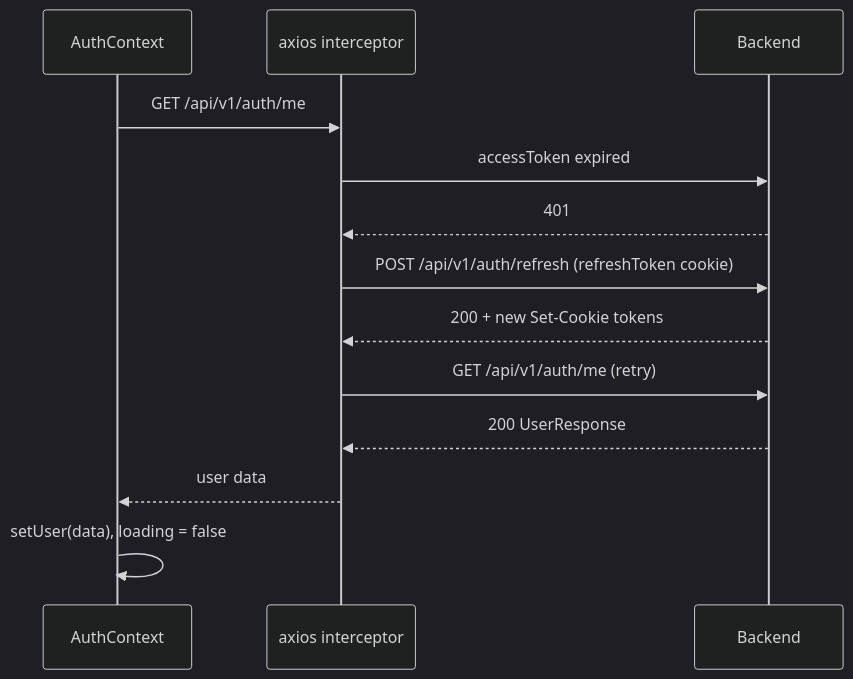
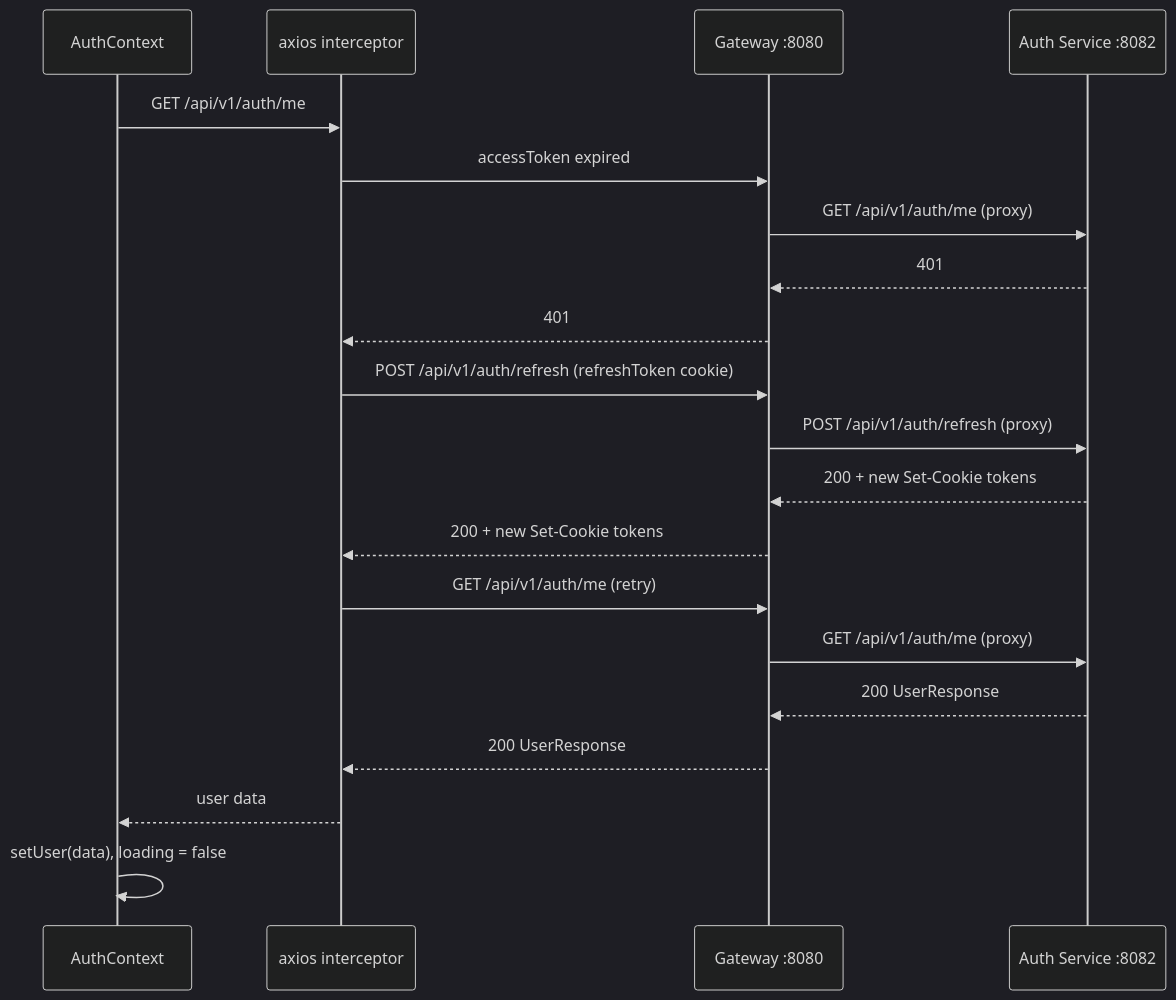
The fifth of 7 diagrams in docs/authentication_flow.md (gnl-org/workhub), drawn with Mermaid (dark theme) before and after one commit. The commit also changed other lines of this file, not shown here.

Commit message:
update auth flow doc

````diff
--- a/docs/authentication_flow.md
+++ b/docs/authentication_flow.md
@@ -225,16 +268,23 @@
 ```mermaid
 sequenceDiagram
     participant FE as AuthContext
     participant AX as axios interceptor
-    participant BE as Backend
+    participant GW as Gateway :8080
+    participant AS as Auth Service :8082
 
     FE->>AX: GET /api/v1/auth/me
-    AX->>BE: accessToken expired
-    BE-->>AX: 401
-    AX->>BE: POST /api/v1/auth/refresh (refreshToken cookie)
-    BE-->>AX: 200 + new Set-Cookie tokens
-    AX->>BE: GET /api/v1/auth/me (retry)
-    BE-->>AX: 200 UserResponse
+    AX->>GW: accessToken expired
+    GW->>AS: GET /api/v1/auth/me (proxy)
+    AS-->>GW: 401
+    GW-->>AX: 401
+    AX->>GW: POST /api/v1/auth/refresh (refreshToken cookie)
+    GW->>AS: POST /api/v1/auth/refresh (proxy)
+    AS-->>GW: 200 + new Set-Cookie tokens
+    GW-->>AX: 200 + new Set-Cookie tokens
+    AX->>GW: GET /api/v1/auth/me (retry)
+    GW->>AS: GET /api/v1/auth/me (proxy)
+    AS-->>GW: 200 UserResponse
+    GW-->>AX: 200 UserResponse
     AX-->>FE: user data
     FE->>FE: setUser(data), loading = false
 ```
````
